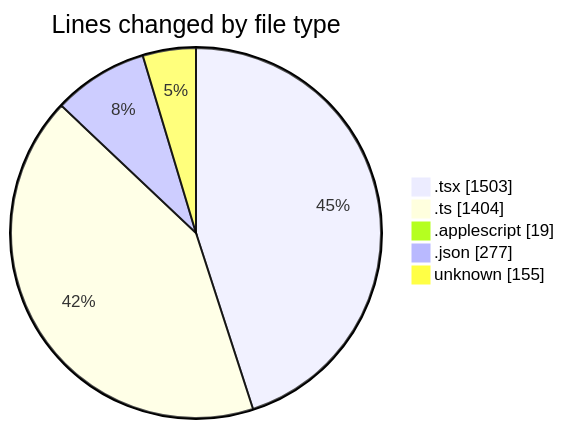
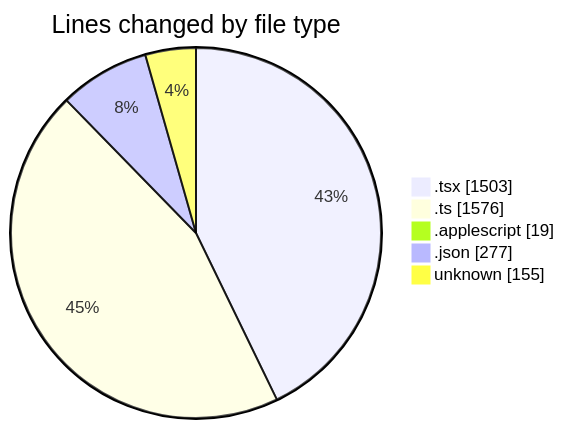
One commit to EIIisD/code-tracking changed the first of 2 diagrams in 2025-07-11/ribbon/README.md. Above: the diagram before and after it, drawn with Mermaid. The commit also changed other lines of this file and 1 other file, not shown here.

````diff
--- a/2025-07-11/ribbon/README.md
+++ b/2025-07-11/ribbon/README.md
@@ -37,9 +38,9 @@
 ```mermaid
 pie showData
 title Lines changed by file type
 ".tsx" : 1503
-".ts" : 1404
+".ts" : 1576
 ".applescript" : 19
 ".json" : 277
 "unknown" : 155
 ```
````
